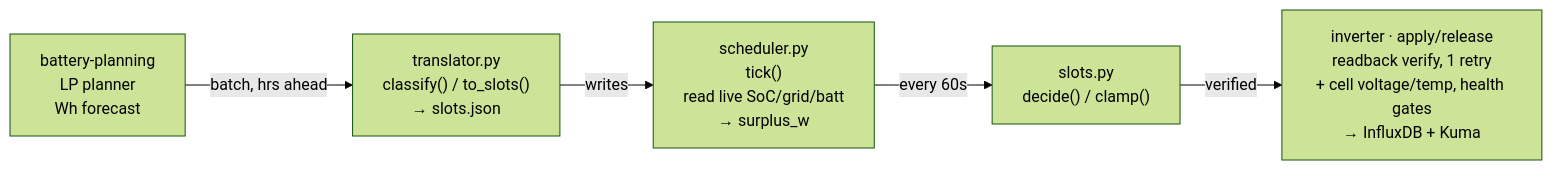
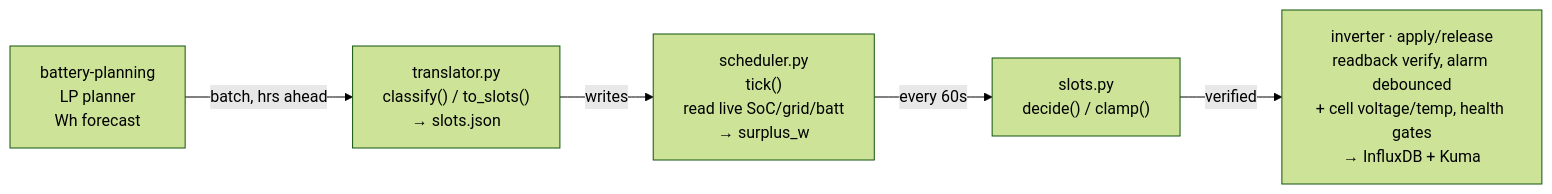
One commit to sandeepthukral/alphaess-collector changed the first of 3 diagrams in docs/DISPATCH-FLOW.md. Above: the diagram before and after it, drawn with Mermaid (forest theme). The commit also changed other lines of this file and 5 other files, not shown here.

````diff
--- a/docs/DISPATCH-FLOW.md
+++ b/docs/DISPATCH-FLOW.md
@@ -10,7 +10,7 @@
 ```mermaid
 flowchart LR
     P["battery-planning<br/>LP planner<br/>Wh forecast"] -->|batch, hrs ahead| T
     T["translator.py<br/>classify() / to_slots()<br/>→ slots.json"] -->|writes| S
     S["scheduler.py<br/>tick()<br/>read live SoC/grid/batt<br/>→ surplus_w"] -->|every 60s| D
-    D["slots.py<br/>decide() / clamp()"] -->|verified| I["inverter · apply/release<br/>readback verify, 1 retry<br/>+ cell voltage/temp, health gates<br/>→ InfluxDB + Kuma"]
+    D["slots.py<br/>decide() / clamp()"] -->|verified| I["inverter · apply/release<br/>readback verify, alarm debounced<br/>+ cell voltage/temp, health gates<br/>→ InfluxDB + Kuma"]
 ```
````
